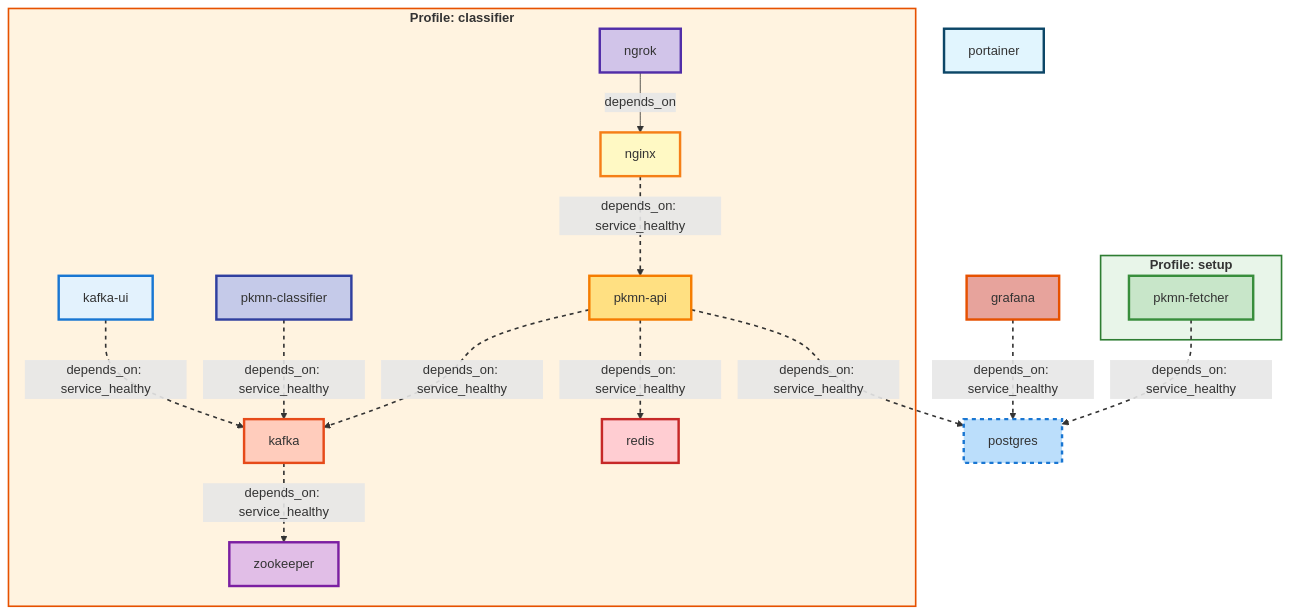
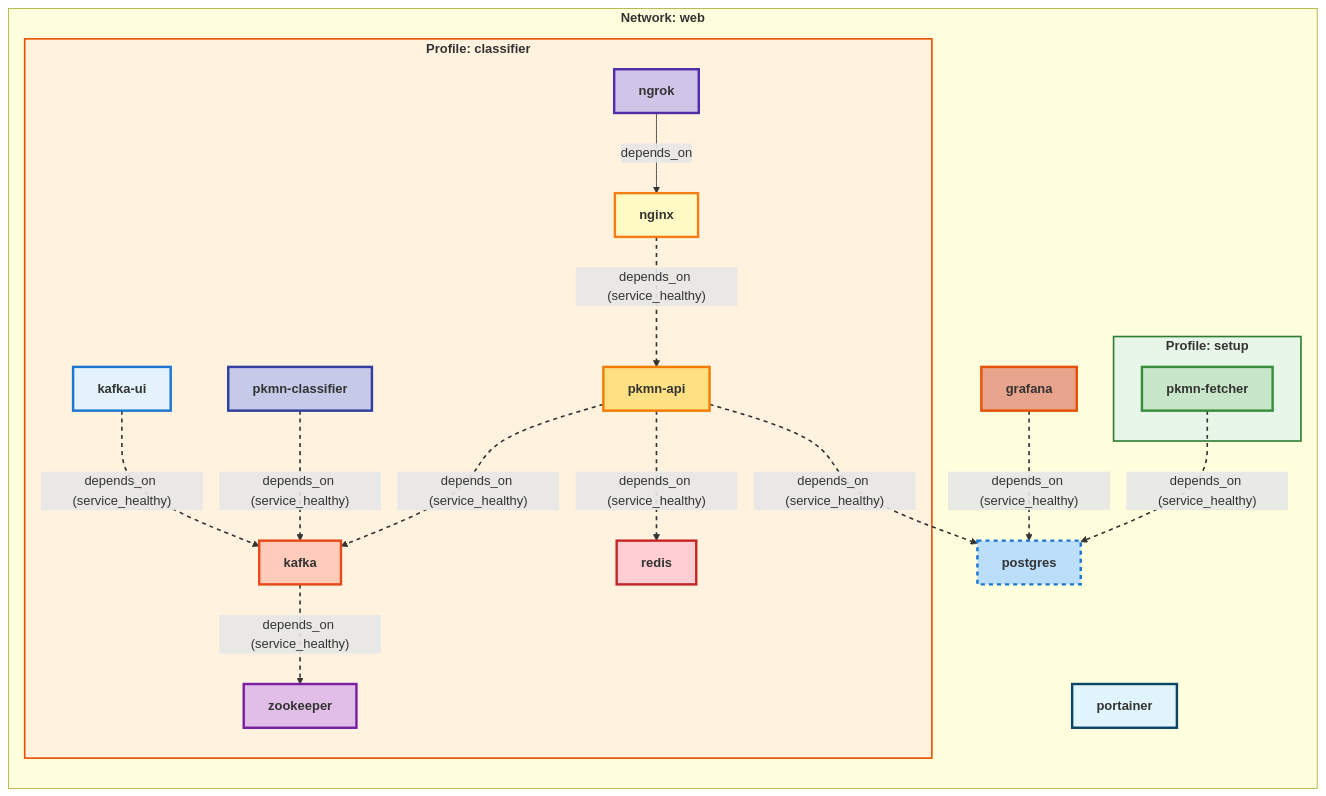
Before and after one commit to mbofos01/pokedex: the diagram in README.md, drawn with Mermaid. The commit also changed 1 other file, not shown here.

````diff
--- a/README.md
+++ b/README.md
@@ -10,56 +10,60 @@
 ```mermaid
 %%{init: {"theme": "default", "themeVariables": {"background":"#ffffff"}}}%%
-    graph TD
+  graph BT
+    subgraph Network_web[<b>Network: web</b>]
       subgraph Profile_setup[<b>Profile: setup</b>]
-        pkmn-fetcher:::custom_pkmn-fetcher
+        pkmn-fetcher["<b>pkmn-fetcher</b>"]
       end
+    style Profile_setup fill:#E8F5E9,stroke:#2E7D32,stroke-width:2
       subgraph Profile_classifier[<b>Profile: classifier</b>]
-        zookeeper:::custom_zookeeper
-        kafka:::custom_kafka
-        redis:::custom_redis
-        pkmn-api:::custom_pkmn-api
-        pkmn-classifier:::custom_pkmn-classifier
-        kafka-ui:::custom_kafka-ui
-        nginx:::custom_nginx
-        ngrok:::custom_ngrok
+        zookeeper["<b>zookeeper</b>"]
+        kafka["<b>kafka</b>"]
+        redis["<b>redis</b>"]
+        pkmn-api["<b>pkmn-api</b>"]
+        pkmn-classifier["<b>pkmn-classifier</b>"]
+        kafka-ui["<b>kafka-ui</b>"]
+        nginx["<b>nginx</b>"]
+        ngrok["<b>ngrok</b>"]
       end
-      postgres:::custom_postgres
-      portainer:::custom_portainer
-      grafana:::custom_grafana
-      pkmn-fetcher -->|depends_on: service_healthy| postgres
-      kafka -->|depends_on: service_healthy| zookeeper
-      pkmn-api -->|depends_on: service_healthy| postgres
-      pkmn-api -->|depends_on: service_healthy| kafka
-      pkmn-api -->|depends_on: service_healthy| redis
-      pkmn-classifier -->|depends_on: service_healthy| kafka
-      kafka-ui -->|depends_on: service_healthy| kafka
-      nginx -->|depends_on: service_healthy| pkmn-api
-      ngrok -->|depends_on| nginx
-      grafana -->|depends_on: service_healthy| postgres
-      classDef profileService fill:#FFF9C4,stroke:#F57F17,stroke-width:2px;
-      classDef multiProfileService fill:#FFE082,stroke:#E65100,stroke-width:3px,stroke-dasharray: 5 5;
-      classDef custom_postgres fill:#BBDEFB,stroke:#1976D2,stroke-width:3px,stroke-dasharray: 5 5;
-      classDef custom_pkmn-fetcher fill:#C8E6C9,stroke:#388E3C,stroke-width:3px;
-      classDef custom_zookeeper fill:#E1BEE7,stroke:#7B1FA2,stroke-width:3px;
-      classDef custom_kafka fill:#FFCCBC,stroke:#E64A19,stroke-width:3px;
-      classDef custom_redis fill:#FFCDD2,stroke:#C62828,stroke-width:3px;
-      classDef custom_pkmn-api fill:#FFE082,stroke:#F57C00,stroke-width:3px;
-      classDef custom_pkmn-classifier fill:#C5CAE9,stroke:#303F9F,stroke-width:3px;
-      classDef custom_kafka-ui fill:#E3F2FD,stroke:#1976D2,stroke-width:3px;
-      classDef custom_nginx fill:#FFF9C4,stroke:#F57F17,stroke-width:3px;
-      classDef custom_ngrok fill:#D1C4E9,stroke:#512DA8,stroke-width:3px;
-      classDef custom_portainer fill:#E1F5FE,stroke:#0c4667ff,stroke-width:3px;
-      classDef custom_grafana fill:#cc382b76,stroke:#E65100,stroke-width:3px;
-      style Profile_setup fill:#E8F5E9,stroke:#2E7D32,stroke-width:2px
-      style Profile_classifier fill:#FFF3E0,stroke:#E65100,stroke-width:2px
-      linkStyle 0 stroke-width:2px,stroke-dasharray:5 5
-      linkStyle 1 stroke-width:2px,stroke-dasharray:5 5
-      linkStyle 2 stroke-width:2px,stroke-dasharray:5 5
-      linkStyle 3 stroke-width:2px,stroke-dasharray:5 5
-      linkStyle 4 stroke-width:2px,stroke-dasharray:5 5
-      linkStyle 5 stroke-width:2px,stroke-dasharray:5 5
-      linkStyle 6 stroke-width:2px,stroke-dasharray:5 5
-      linkStyle 7 stroke-width:2px,stroke-dasharray:5 5
-      linkStyle 9 stroke-width:2px,stroke-dasharray:5 5
+    style Profile_classifier fill:#FFF3E0,stroke:#E65100,stroke-width:2
+      postgres["<b>postgres</b>"]
+      portainer["<b>portainer</b>"]
+      grafana["<b>grafana</b>"]
+    end
+    postgres["<b>postgres</b>"]
+    portainer["<b>portainer</b>"]
+    grafana["<b>grafana</b>"]
+    pkmn-fetcher -- depends_on (service_healthy) --> postgres
+    linkStyle 0 stroke-width:2,stroke-dasharray:5 5
+    kafka -- depends_on (service_healthy) --> zookeeper
+    linkStyle 1 stroke-width:2,stroke-dasharray:5 5
+    pkmn-api -- depends_on (service_healthy) --> postgres
+    linkStyle 2 stroke-width:2,stroke-dasharray:5 5
+    pkmn-api -- depends_on (service_healthy) --> kafka
+    linkStyle 3 stroke-width:2,stroke-dasharray:5 5
+    pkmn-api -- depends_on (service_healthy) --> redis
+    linkStyle 4 stroke-width:2,stroke-dasharray:5 5
+    pkmn-classifier -- depends_on (service_healthy) --> kafka
+    linkStyle 5 stroke-width:2,stroke-dasharray:5 5
+    kafka-ui -- depends_on (service_healthy) --> kafka
+    linkStyle 6 stroke-width:2,stroke-dasharray:5 5
+    nginx -- depends_on (service_healthy) --> pkmn-api
+    linkStyle 7 stroke-width:2,stroke-dasharray:5 5
+    ngrok -- depends_on --> nginx
+    grafana -- depends_on (service_healthy) --> postgres
+    linkStyle 9 stroke-width:2,stroke-dasharray:5 5
+    style postgres fill:#BBDEFB,stroke:#1976D2,stroke-width:3,stroke-dasharray:5 5
+    style pkmn-fetcher fill:#C8E6C9,stroke:#388E3C,stroke-width:3
+    style zookeeper fill:#E1BEE7,stroke:#7B1FA2,stroke-width:3
+    style kafka fill:#FFCCBC,stroke:#E64A19,stroke-width:3
+    style redis fill:#FFCDD2,stroke:#C62828,stroke-width:3
+    style pkmn-api fill:#FFE082,stroke:#F57C00,stroke-width:3
+    style pkmn-classifier fill:#C5CAE9,stroke:#303F9F,stroke-width:3
+    style kafka-ui fill:#E3F2FD,stroke:#1976D2,stroke-width:3
+    style nginx fill:#FFF9C4,stroke:#F57F17,stroke-width:3
+    style ngrok fill:#D1C4E9,stroke:#512DA8,stroke-width:3
+    style portainer fill:#E1F5FE,stroke:#0c4667ff,stroke-width:3
+    style grafana fill:#cc382b76,stroke:#E65100,stroke-width:3
+
 
 ```
````
